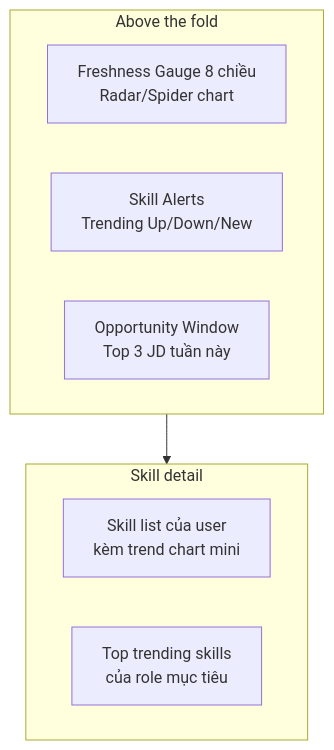
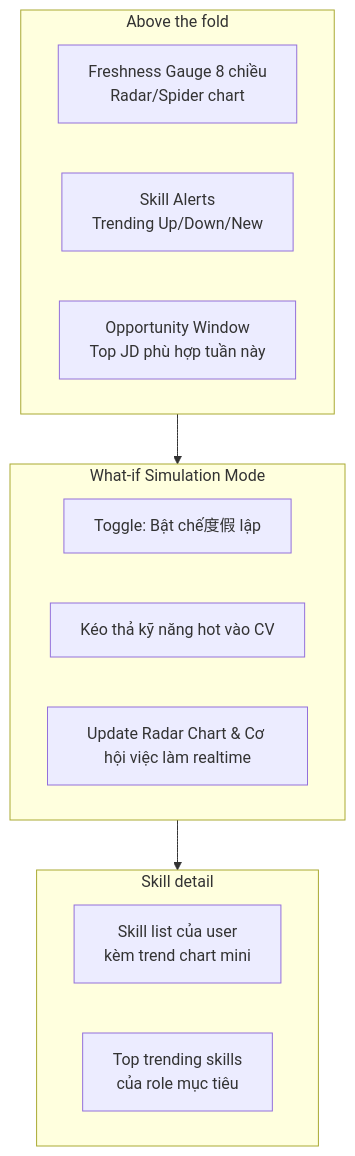
One commit to dungken/cv-assistant changed the fourth of 5 diagrams in thesis_report/chuong3/3.6_thiet_ke_kien_truc.md. Above: the diagram before and after it, drawn with Mermaid. The commit also changed other lines of this file and 12 other files, not shown here.

Commit message:
feat: implement navigation-based CV upload flow and add What-if simulation endpoint for skill freshness analysis

````diff
--- a/thesis_report/chuong3/3.6_thiet_ke_kien_truc.md
+++ b/thesis_report/chuong3/3.6_thiet_ke_kien_truc.md
@@ -332,13 +340,19 @@
 ```mermaid
 flowchart TB
     subgraph Top[Above the fold]
         A1[Freshness Gauge 8 chiều<br/>Radar/Spider chart]
         A2[Skill Alerts<br/>Trending Up/Down/New]
-        A3[Opportunity Window<br/>Top 3 JD tuần này]
+        A3[Opportunity Window<br/>Top JD phù hợp tuần này]
+    end
+    subgraph Simulation[What-if Simulation Mode]
+        S1[Toggle: Bật chế度假 lập]
+        S2[Kéo thả kỹ năng hot vào CV]
+        S3[Update Radar Chart & Cơ hội việc làm realtime]
     end
     subgraph Mid[Skill detail]
         B1[Skill list của user<br/>kèm trend chart mini]
         B2[Top trending skills<br/>của role mục tiêu]
     end
-    Top --> Mid
+    Top --> Simulation
+    Simulation --> Mid
 ```
````
